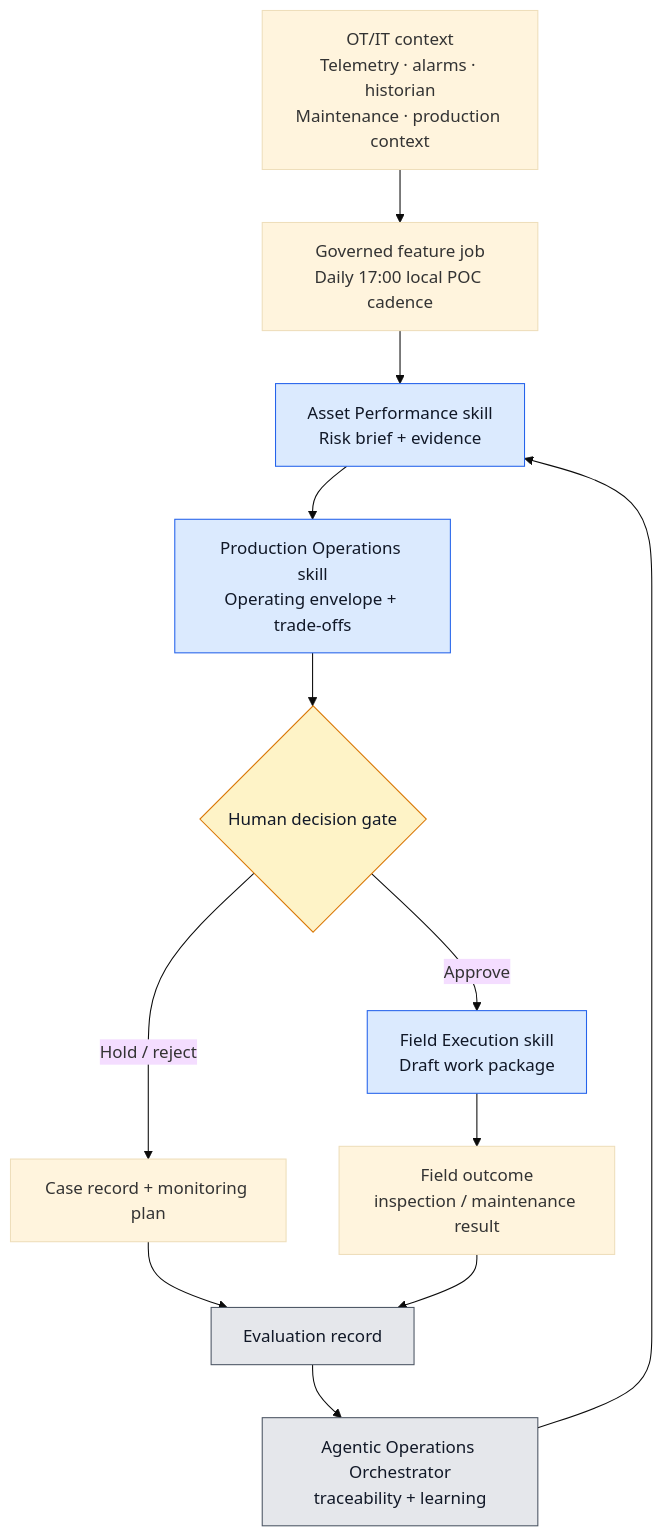
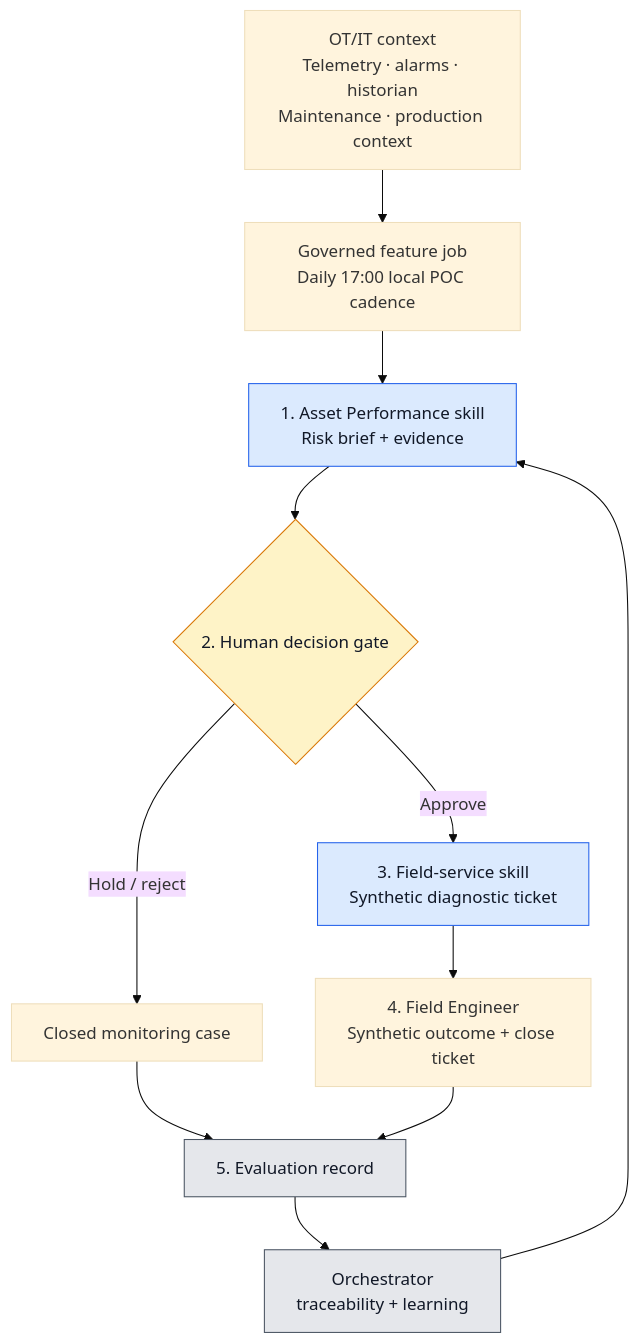
The diagram in README.md (fmlin0429712024/industrial-operations-ai-poc), drawn with Mermaid (base theme) before and after one commit. The commit also changed other lines of this file and 7 other files, not shown here.

Commit message:
Add governed field ticket workflow lifecycle

````diff
--- a/README.md
+++ b/README.md
@@ -27,21 +27,20 @@
 ```mermaid
 flowchart TD
     A["OT/IT context<br/>Telemetry · alarms · historian<br/>Maintenance · production context"] --> F0["Governed feature job<br/>Daily 17:00 local POC cadence"]
-    F0 --> B["Asset Performance skill<br/>Risk brief + evidence"]
-    B --> C["Production Operations skill<br/>Operating envelope + trade-offs"]
-    C --> D{"Human decision gate"}
-    D -->|"Approve"| E["Field Execution skill<br/>Draft work package"]
-    D -->|"Hold / reject"| F["Case record + monitoring plan"]
-    E --> G["Field outcome<br/>inspection / maintenance result"]
-    F --> H["Evaluation record"]
+    F0 --> B["1. Asset Performance skill<br/>Risk brief + evidence"]
+    B --> D{"2. Human decision gate"}
+    D -->|"Approve"| E["3. Field-service skill<br/>Synthetic diagnostic ticket"]
+    D -->|"Hold / reject"| F["Closed monitoring case"]
+    E --> G["4. Field Engineer<br/>Synthetic outcome + close ticket"]
+    F --> H["5. Evaluation record"]
     G --> H
-    H --> I["Agentic Operations Orchestrator<br/>traceability + learning"]
+    H --> I["Orchestrator<br/>traceability + learning"]
     I --> B
 
     classDef skill fill:#dbeafe,stroke:#2563eb,color:#111827;
     classDef gate fill:#fef3c7,stroke:#d97706,color:#111827;
     classDef control fill:#e5e7eb,stroke:#4b5563,color:#111827;
-    class B,C,E skill;
+    class B,E skill;
     class D gate;
     class I,H control;
 ```
````
